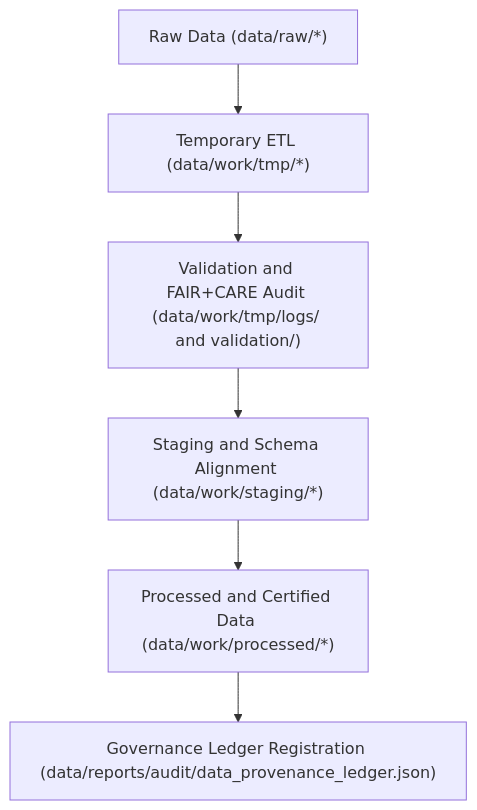
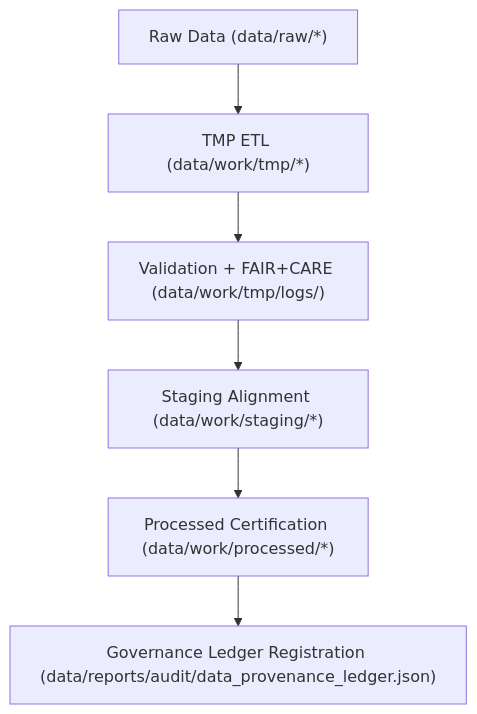
Before and after one commit to bartytime4life/Kansas-Frontier-Matrix: the diagram in data/work/README.md, drawn with Mermaid. The commit also changed other lines of this file, not shown here.

````diff
--- a/data/work/README.md
+++ b/data/work/README.md
@@ -80,8 +80,8 @@
 ```mermaid
 flowchart TD
-    A["Raw Data (data/raw/*)"] --> B["Temporary ETL (data/work/tmp/*)"]
-    B --> C["Validation and FAIR+CARE Audit (data/work/tmp/logs/ and validation/)"]
-    C --> D["Staging and Schema Alignment (data/work/staging/*)"]
-    D --> E["Processed and Certified Data (data/work/processed/*)"]
+    A["Raw Data (data/raw/*)"] --> B["TMP ETL (data/work/tmp/*)"]
+    B --> C["Validation + FAIR+CARE (data/work/tmp/logs/)"]
+    C --> D["Staging Alignment (data/work/staging/*)"]
+    D --> E["Processed Certification (data/work/processed/*)"]
     E --> F["Governance Ledger Registration (data/reports/audit/data_provenance_ledger.json)"]
 ```
````
